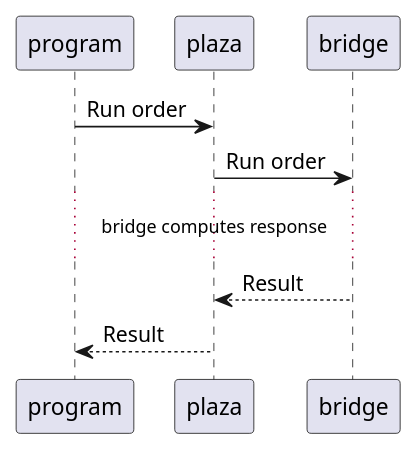
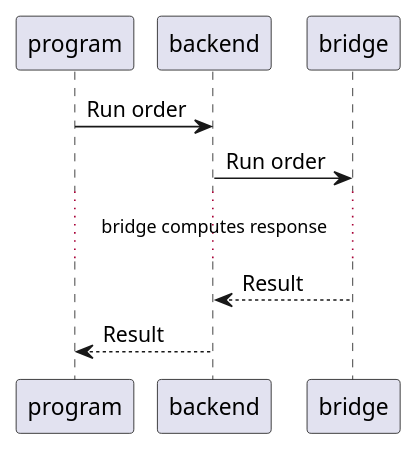
Before and after one commit to programaker-project/Programaker-Core: the first of 7 diagrams in docs/communications/sequence/bridges.puml, drawn with PlantUML. The commit also changed other lines of this file and 42 other files, not shown here.

```diff
--- a/docs/communications/sequence/bridges.puml
+++ b/docs/communications/sequence/bridges.puml
@@ -2,11 +2,11 @@
 @startuml happy-path.png
 participant program
-participant plaza
+participant backend
 participant bridge
 
-program -> plaza: Run order
-plaza -> bridge: Run order
+program -> backend: Run order
+backend -> bridge: Run order
 ... bridge computes response ...
-plaza <-- bridge: Result
-program <-- plaza: Result
+backend <-- bridge: Result
+program <-- backend: Result
 @enduml
```
